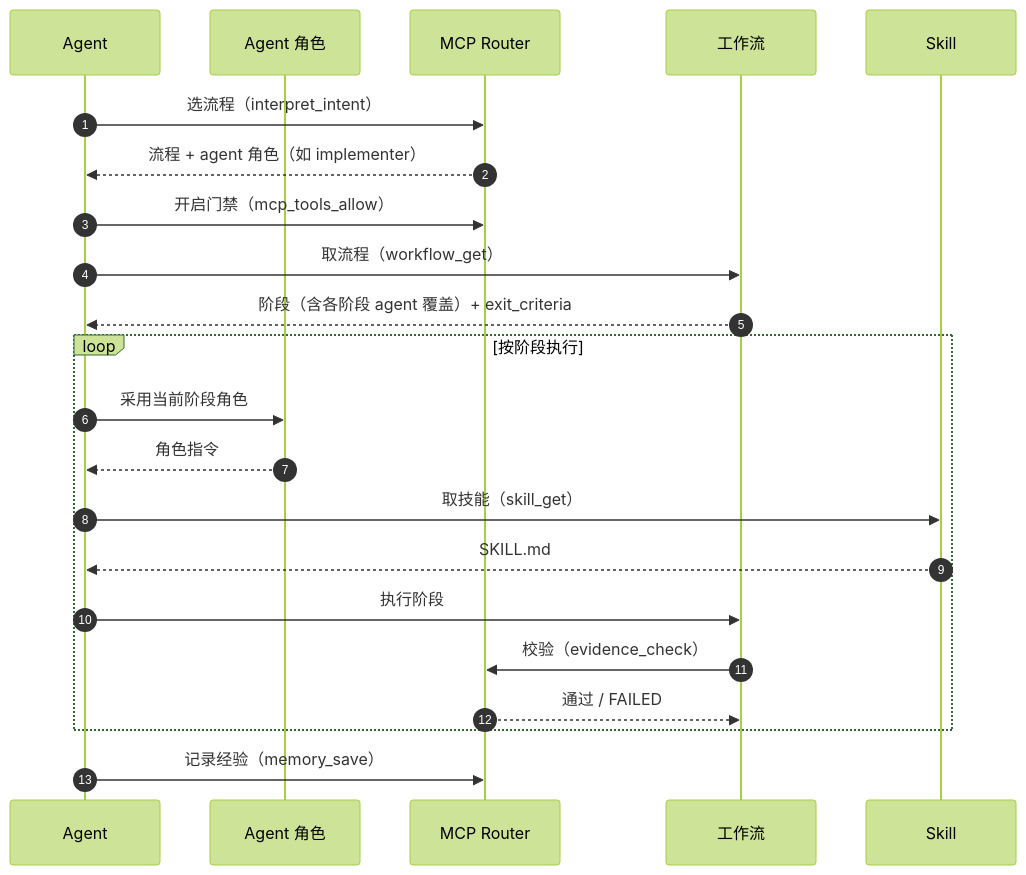
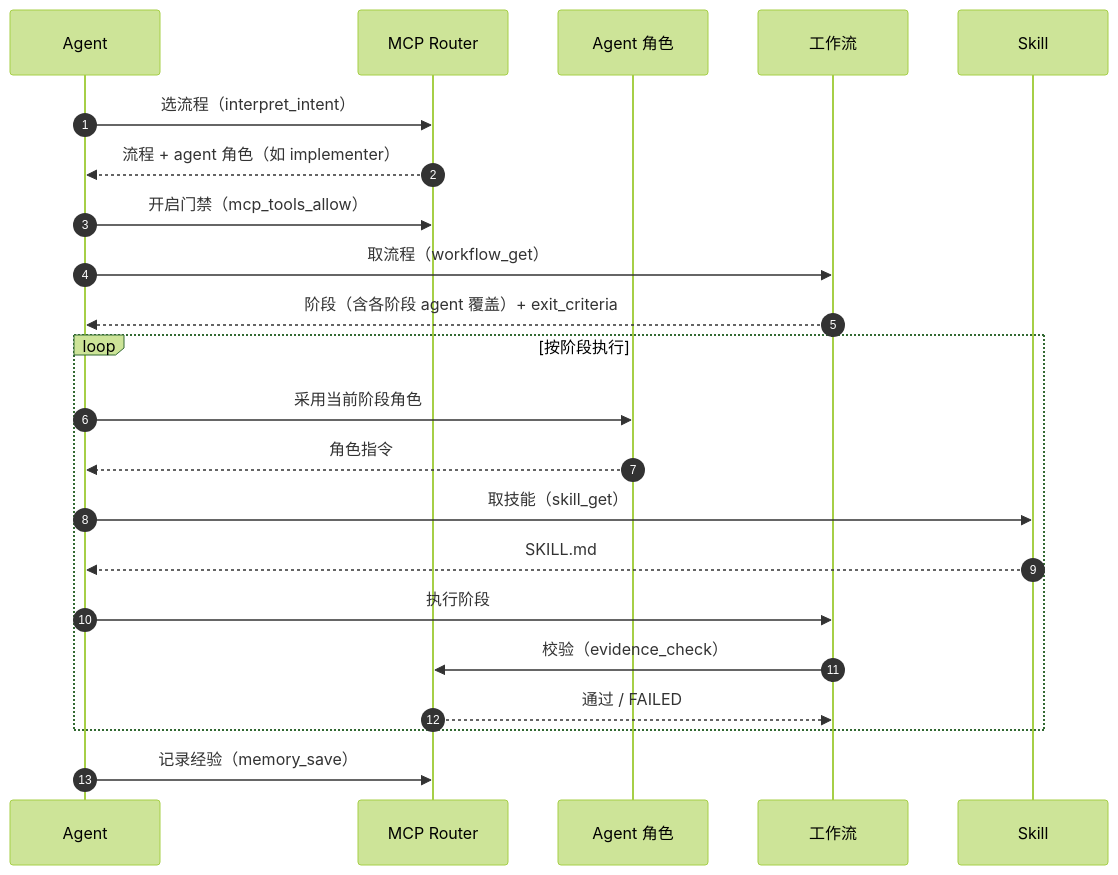
The diagram in README.zh-CN.md (parkwoo/wawoo-agent-skills), drawn with Mermaid (forest theme) before and after one commit. The commit also changed other lines of this file and 3 other files, not shown here.

Commit message:
docs: place the agent-role lifeline after MCP Router (router decides the role)

````diff
--- a/README.zh-CN.md
+++ b/README.zh-CN.md
@@ -62,24 +62,24 @@
 ```mermaid
 sequenceDiagram
     autonumber
     participant A as Agent
+    participant R as MCP Router
     participant G as Agent 角色
-    participant R as MCP Router
     participant W as 工作流
     participant S as Skill
     A->>R: 选流程（interpret_intent）
     R-->>A: 流程 + agent 角色（如 implementer）
     A->>R: 开启门禁（mcp_tools_allow）
     A->>W: 取流程（workflow_get）
     W-->>A: 阶段（含各阶段 agent 覆盖）+ exit_criteria
     loop 按阶段执行
         A->>G: 采用当前阶段角色
         G-->>A: 角色指令
         A->>S: 取技能（skill_get）
         S-->>A: SKILL.md
         A->>W: 执行阶段
         W->>R: 校验（evidence_check）
         R-->>W: 通过 / FAILED
     end
     A->>R: 记录经验（memory_save）
 ```
````
